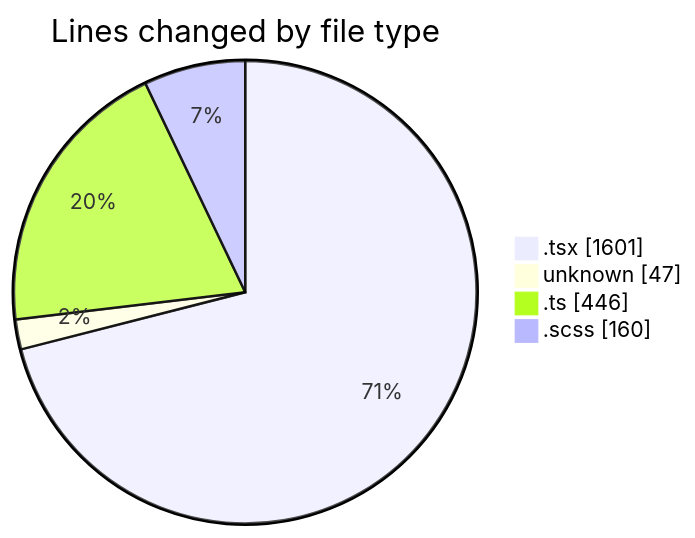
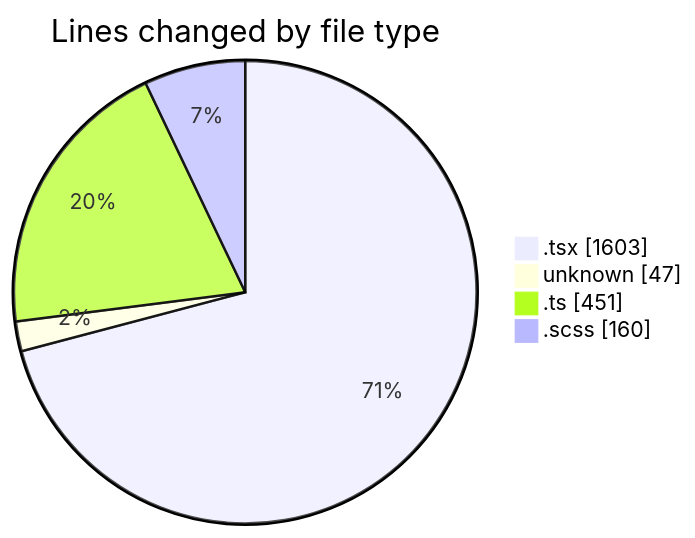
One commit to momahboobian/code-tracking changed the first of 2 diagrams in 2025-09-18/cda/README.md. Above: the diagram before and after it, drawn with Mermaid. The commit also changed other lines of this file and 1 other file, not shown here.

````diff
--- a/2025-09-18/cda/README.md
+++ b/2025-09-18/cda/README.md
@@ -25,8 +25,8 @@
 ```mermaid
 pie showData
 title Lines changed by file type
-".tsx" : 1601
+".tsx" : 1603
 "unknown" : 47
-".ts" : 446
+".ts" : 451
 ".scss" : 160
 ```
````
